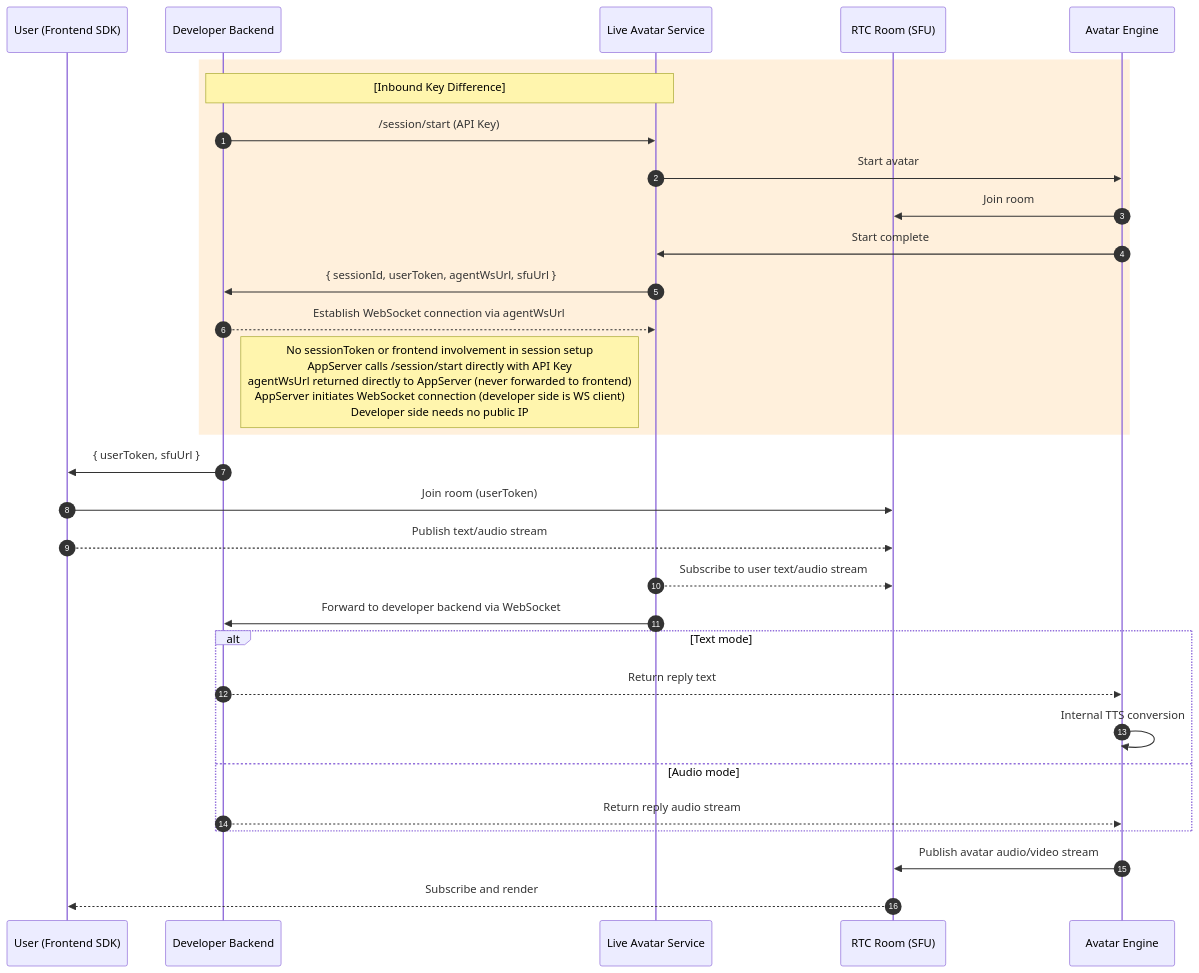
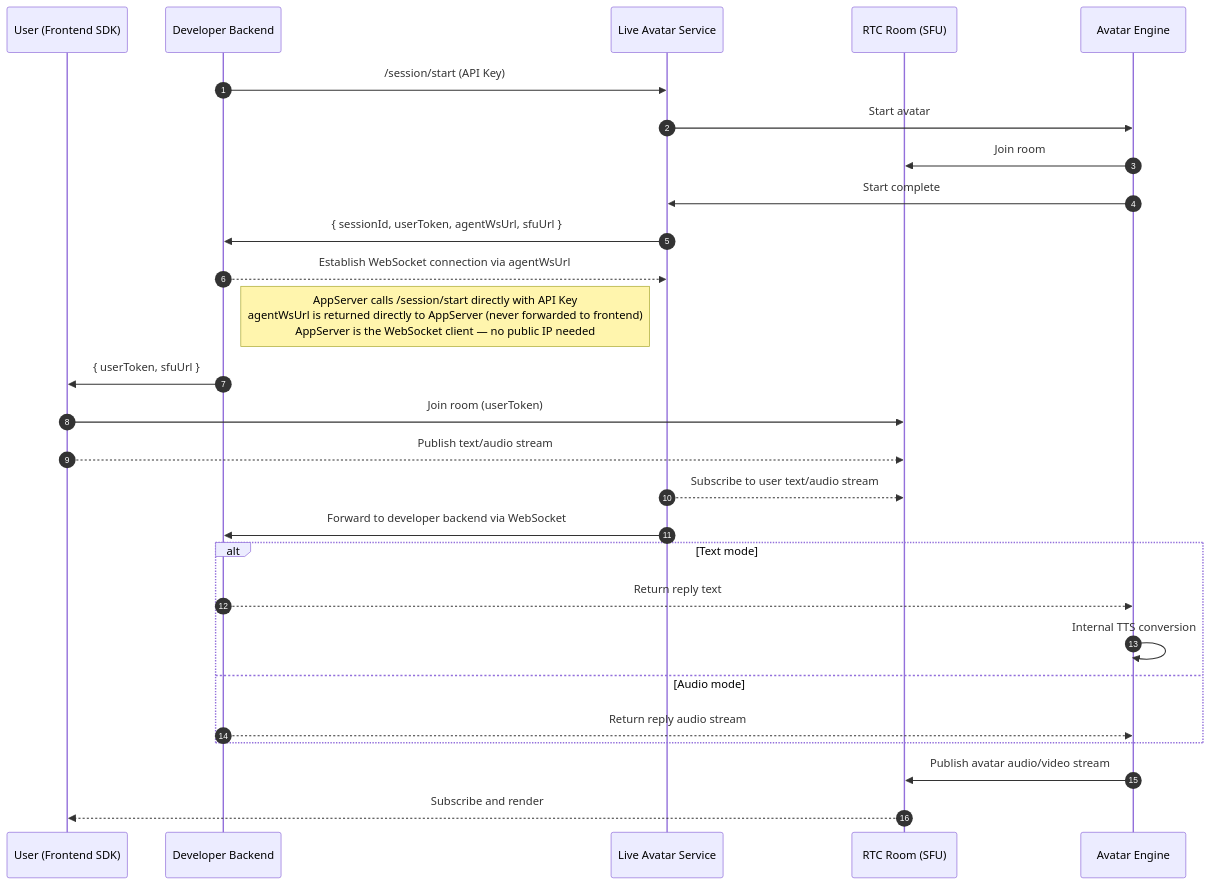
The first of 2 diagrams in PROTOCOL.md (newportAI-lab/liveavatar-channel-python), drawn with Mermaid before and after one commit. The commit also changed other lines of this file and 1 other file, not shown here.

````diff
--- a/PROTOCOL.md
+++ b/PROTOCOL.md
@@ -78,41 +74,34 @@
 ```mermaid
 sequenceDiagram
     autonumber
     participant User as User (Frontend SDK)
     participant AppServer as Developer Backend
     participant Platform as Live Avatar Service
     participant RTC as RTC Room (SFU)
     participant Avatar as Avatar Engine
 
-    %% Key difference: entire session establishment is server-side only
-    rect rgb(255, 240, 220)
-    Note over AppServer, Platform: [Inbound Key Difference]
     AppServer->>Platform: /session/start (API Key)
     Platform->>Avatar: Start avatar
     Avatar->>RTC: Join room
     Avatar->>Platform: Start complete
     Platform->>AppServer: { sessionId, userToken, agentWsUrl, sfuUrl }
     AppServer-->>Platform: Establish WebSocket connection via agentWsUrl
-    Note right of AppServer: No sessionToken or frontend involvement in session setup<br/>AppServer calls /session/start directly with API Key<br/>agentWsUrl returned directly to AppServer (never forwarded to frontend)<br/>AppServer initiates WebSocket connection (developer side is WS client)<br/>Developer side needs no public IP
-    end
+    Note right of AppServer: AppServer calls /session/start directly with API Key<br/>agentWsUrl is returned directly to AppServer (never forwarded to frontend)<br/>AppServer is the WebSocket client — no public IP needed
     AppServer->>User: { userToken, sfuUrl }
 
-    %% 2. RTC link establishment
     User->>RTC: Join room (userToken)
     User-->>RTC: Publish text/audio stream
 
-    %% 3. Core business loop
     Platform-->>RTC: Subscribe to user text/audio stream
     Platform->>AppServer: Forward to developer backend via WebSocket
 
     alt Text mode
         AppServer-->>Avatar: Return reply text
         Avatar->>Avatar: Internal TTS conversion
     else Audio mode
         AppServer-->>Avatar: Return reply audio stream
     end
 
-    %% 4. Avatar feedback
     Avatar->>RTC: Publish avatar audio/video stream
     RTC-->>User: Subscribe and render
 ```
````
